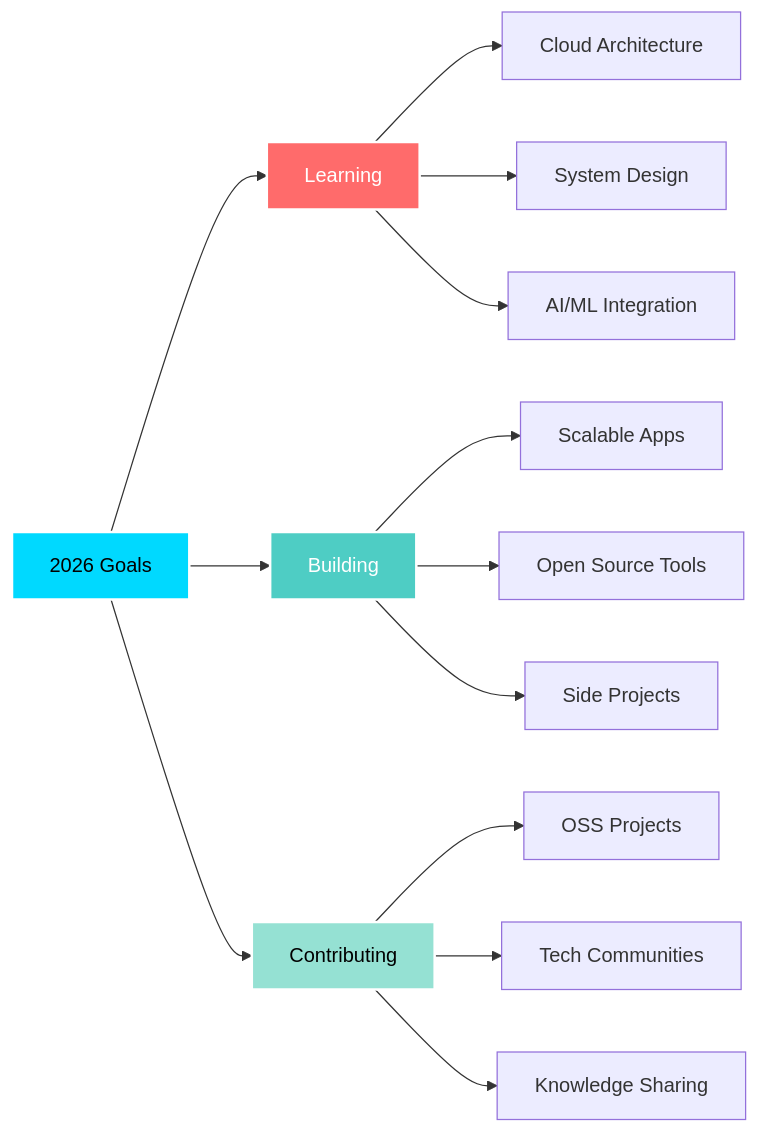
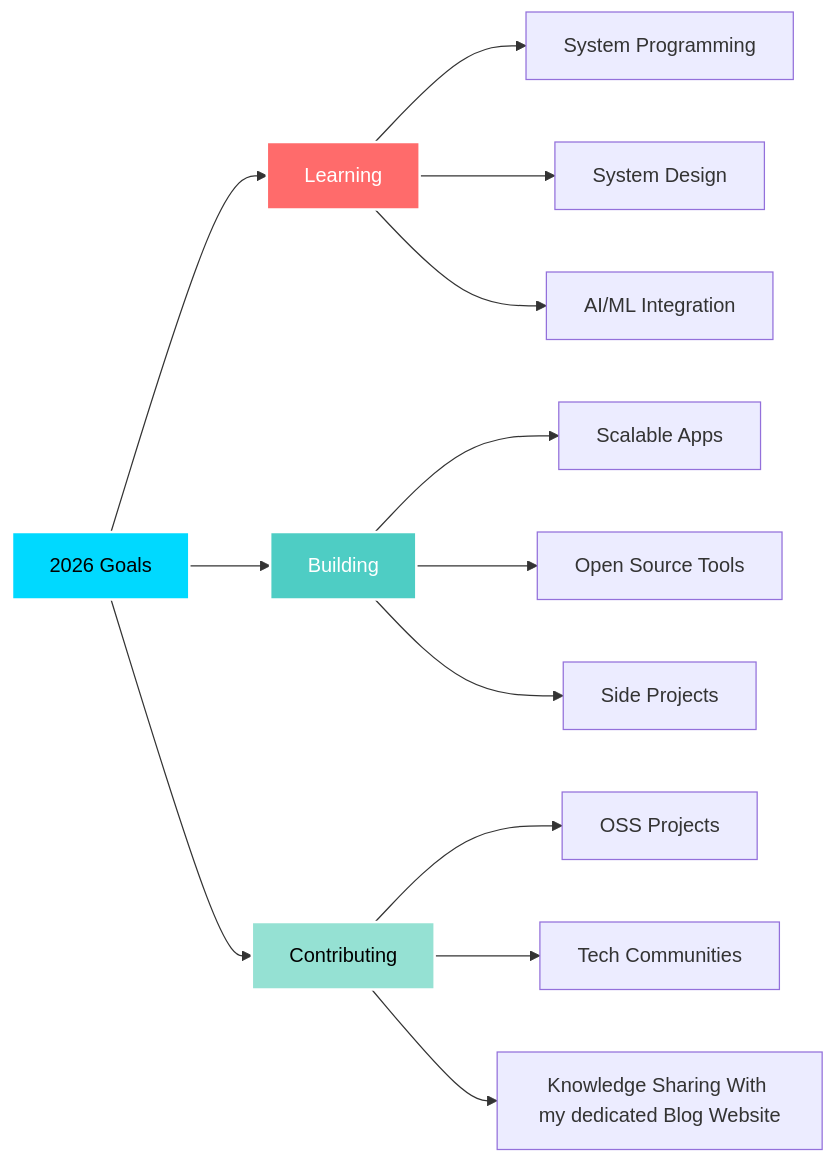
Before and after one commit to Josemiles-ctr/Josemiles-ctr: the diagram in README.md, drawn with Mermaid. The commit also changed other lines of this file, not shown here.

````diff
--- a/README.md
+++ b/README.md
@@ -284,23 +197,23 @@
 ```mermaid
 graph LR
     A[2026 Goals] --> B[Learning]
     A --> C[Building]
     A --> D[Contributing]
 
-    B --> B1[Cloud Architecture]
+    B --> B1[System Programming]
     B --> B2[System Design]
     B --> B3[AI/ML Integration]
 
     C --> C1[Scalable Apps]
     C --> C2[Open Source Tools]
     C --> C3[Side Projects]
 
     D --> D1[OSS Projects]
     D --> D2[Tech Communities]
-    D --> D3[Knowledge Sharing]
+    D --> D3[Knowledge Sharing With my dedicated Blog Website]
 
     style A fill:#00D9FF,stroke:#fff,stroke-width:2px,color:#000
     style B fill:#FF6B6B,stroke:#fff,stroke-width:2px,color:#fff
     style C fill:#4ECDC4,stroke:#fff,stroke-width:2px,color:#fff
     style D fill:#95E1D3,stroke:#fff,stroke-width:2px,color:#000
 ```
````
